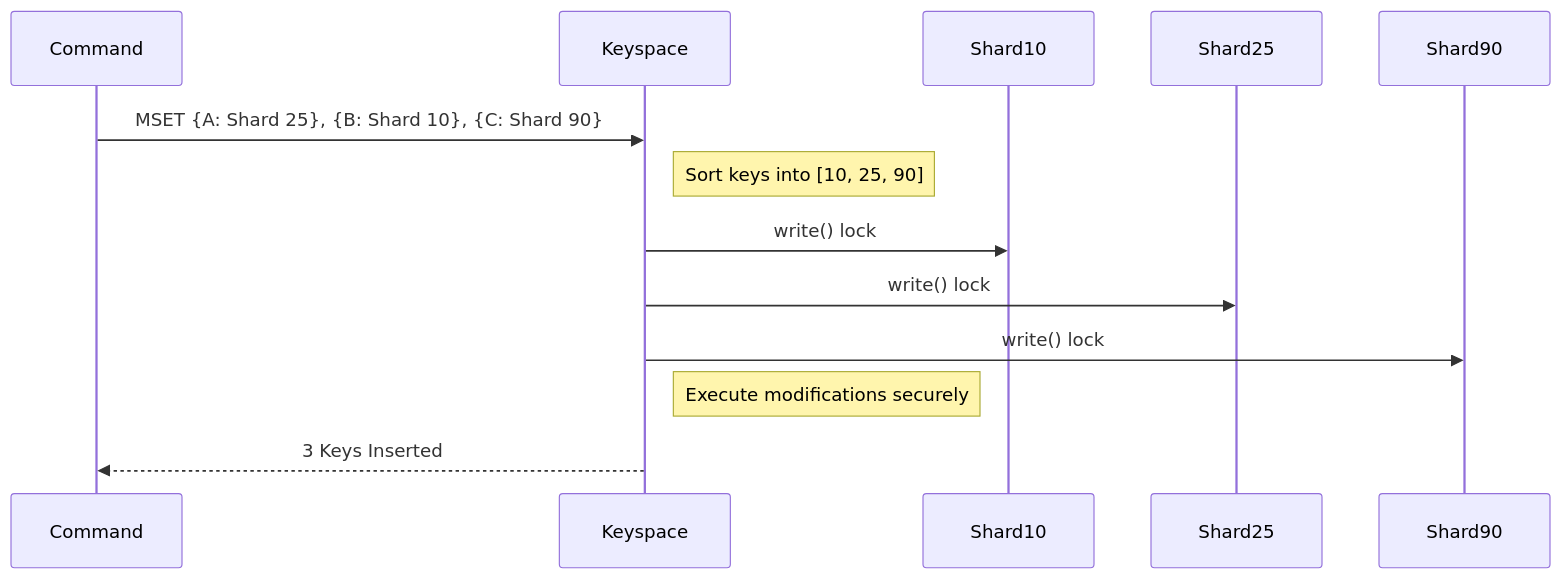
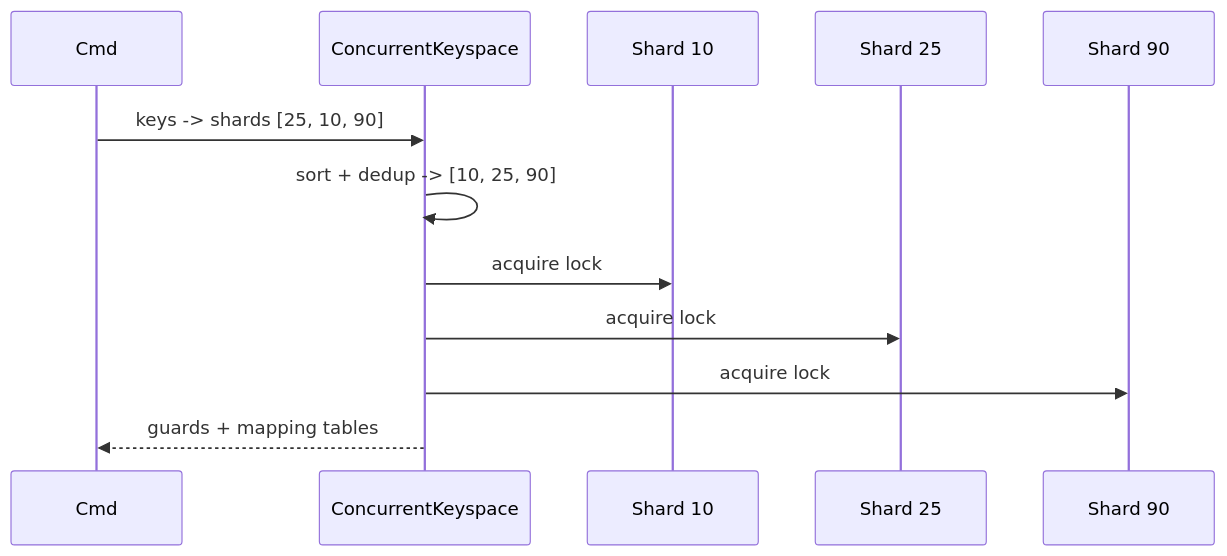
One commit to kevincaicedo/vortex changed the second of 2 diagrams in crates/vortex-engine/docs/02-concurrent-keyspace.md. Above: the diagram before and after it, drawn with Mermaid. The commit also changed other lines of this file and 52 other files, not shown here.

````diff
--- a/crates/vortex-engine/docs/02-concurrent-keyspace.md
+++ b/crates/vortex-engine/docs/02-concurrent-keyspace.md
@@ -39,17 +162,15 @@
 ```mermaid
 sequenceDiagram
-    participant Command
-    participant Keyspace
-    participant Shard10
-    participant Shard25
-    participant Shard90
+    participant Cmd
+    participant KS as ConcurrentKeyspace
+    participant S10 as Shard 10
+    participant S25 as Shard 25
+    participant S90 as Shard 90
 
-    Command->>Keyspace: MSET {A: Shard 25}, {B: Shard 10}, {C: Shard 90}
-    Note right of Keyspace: Sort keys into [10, 25, 90]
-    Keyspace->>Shard10: write() lock
-    Keyspace->>Shard25: write() lock
-    Keyspace->>Shard90: write() lock
-    
-    Note right of Keyspace: Execute modifications securely
-    Keyspace-->>Command: 3 Keys Inserted
+    Cmd->>KS: keys -> shards [25, 10, 90]
+    KS->>KS: sort + dedup -> [10, 25, 90]
+    KS->>S10: acquire lock
+    KS->>S25: acquire lock
+    KS->>S90: acquire lock
+    KS-->>Cmd: guards + mapping tables
 ```
````
